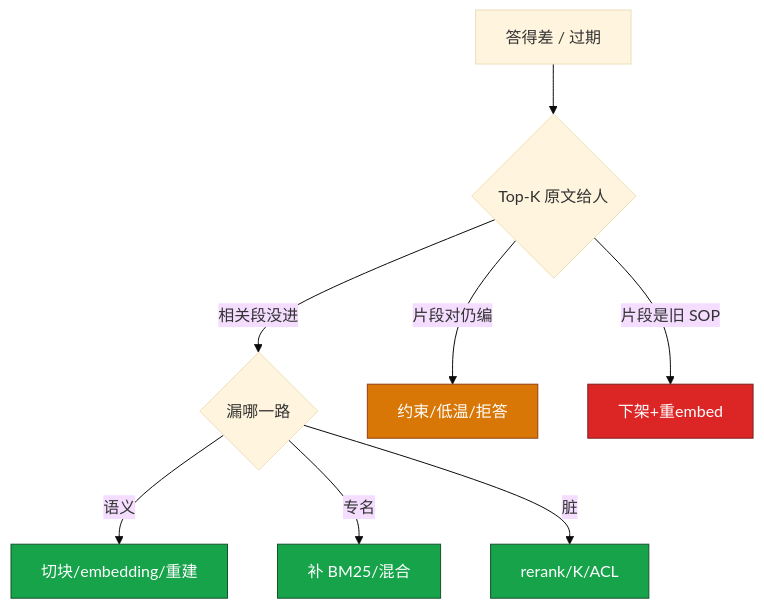
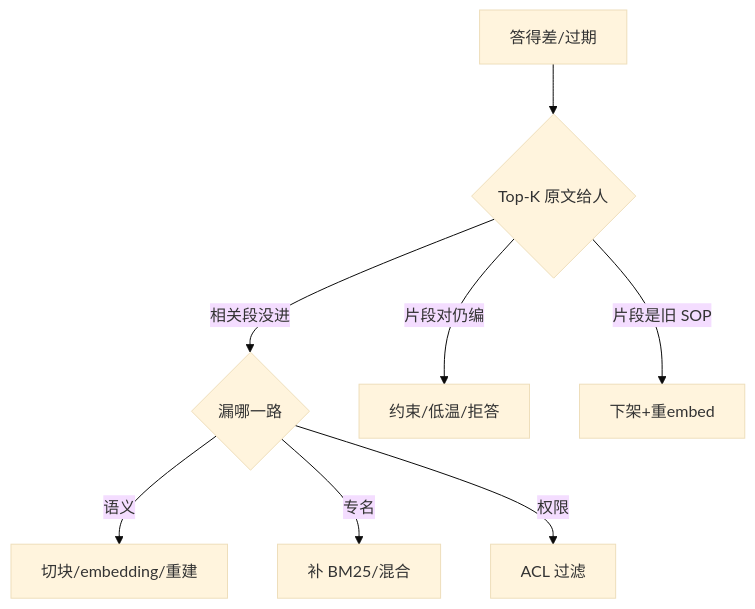
One commit to ml-cuizijun/LearnToLilith changed the fourth of 4 diagrams in 08-AI与智能运维/03-RAG检索增强/知识点.md. Above: the diagram before and after it, drawn with Mermaid (base theme). The commit also changed other lines of this file and 470 other files, not shown here.

````diff
--- a/08-AI与智能运维/03-RAG检索增强/知识点.md
+++ b/08-AI与智能运维/03-RAG检索增强/知识点.md
@@ -345,14 +340,10 @@
 ```mermaid
 flowchart TB
-    classDef ok fill:#16A34A,stroke:#14532D,color:#fff
-    classDef bad fill:#DC2626,stroke:#7F1D1D,color:#fff
-    classDef warn fill:#D97706,stroke:#92400E,color:#fff
-
-    A[答得差 / 过期] --> B{Top-K 原文给人}
+    A[答得差/过期] --> B{Top-K 原文给人}
     B -->|相关段没进| C{漏哪一路}
-    C -->|语义| D[切块/embedding/重建]:::ok
-    C -->|专名| E[补 BM25/混合]:::ok
-    C -->|脏| F[rerank/K/ACL]:::ok
-    B -->|片段对仍编| G[约束/低温/拒答]:::warn
-    B -->|片段是旧 SOP| H[下架+重embed]:::bad
+    C -->|语义| D[切块/embedding/重建]
+    C -->|专名| E[补 BM25/混合]
+    C -->|权限| F[ACL 过滤]
+    B -->|片段对仍编| G[约束/低温/拒答]
+    B -->|片段是旧 SOP| H[下架+重embed]
 ```
````
